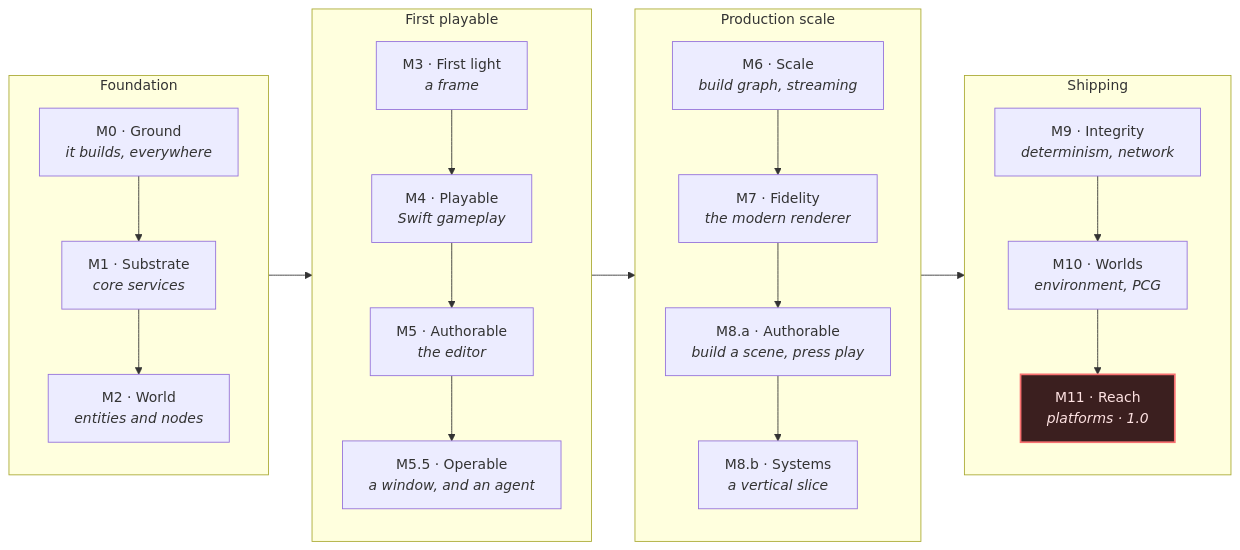
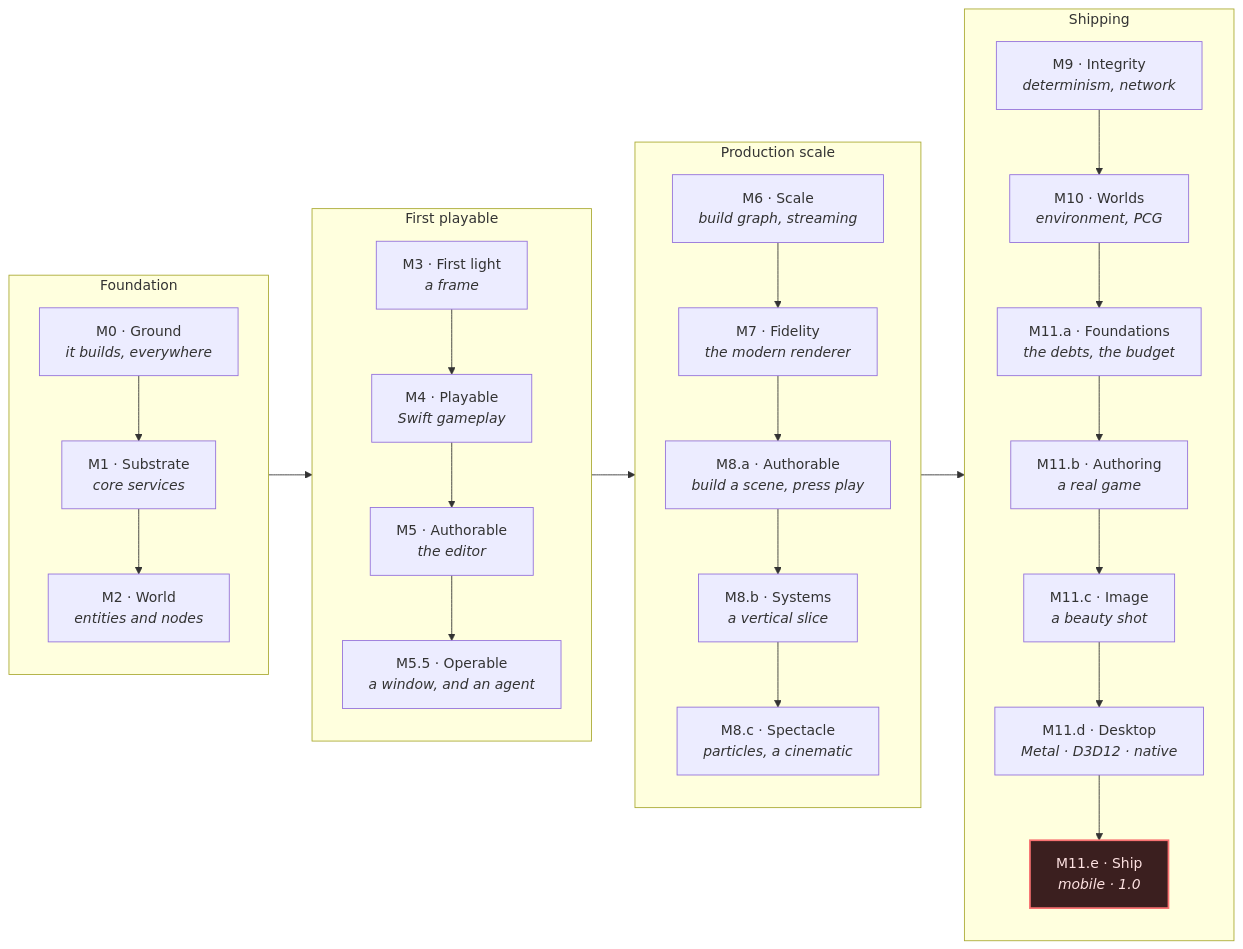
The diagram in docs/ROADMAP.md (CyberdyneCorp/CyberdyneEngine), drawn with Mermaid before and after one commit. The commit also changed other lines of this file and 109 other files, not shown here.

````diff
--- a/docs/ROADMAP.md
+++ b/docs/ROADMAP.md
@@ -29,39 +39,44 @@
 ```mermaid
 flowchart LR
     subgraph F["Foundation"]
         direction TB
         M0["M0 · Ground<br/><i>it builds, everywhere</i>"]
         M1["M1 · Substrate<br/><i>core services</i>"]
         M2["M2 · World<br/><i>entities and nodes</i>"]
         M0 --> M1 --> M2
     end
     subgraph P["First playable"]
         direction TB
         M3["M3 · First light<br/><i>a frame</i>"]
         M4["M4 · Playable<br/><i>Swift gameplay</i>"]
         M5["M5 · Authorable<br/><i>the editor</i>"]
         M5B["M5.5 · Operable<br/><i>a window, and an agent</i>"]
         M3 --> M4 --> M5 --> M5B
     end
     subgraph S["Production scale"]
         direction TB
         M6["M6 · Scale<br/><i>build graph, streaming</i>"]
         M7["M7 · Fidelity<br/><i>the modern renderer</i>"]
         M8A["M8.a · Authorable<br/><i>build a scene, press play</i>"]
         M8B["M8.b · Systems<br/><i>a vertical slice</i>"]
-        M6 --> M7 --> M8A --> M8B
+        M8C["M8.c · Spectacle<br/><i>particles, a cinematic</i>"]
+        M6 --> M7 --> M8A --> M8B --> M8C
     end
     subgraph SH["Shipping"]
         direction TB
         M9["M9 · Integrity<br/><i>determinism, network</i>"]
         M10["M10 · Worlds<br/><i>environment, PCG</i>"]
-        M11["M11 · Reach<br/><i>platforms · 1.0</i>"]
-        M9 --> M10 --> M11
+        M11A["M11.a · Foundations<br/><i>the debts, the budget</i>"]
+        M11B["M11.b · Authoring<br/><i>a real game</i>"]
+        M11C["M11.c · Image<br/><i>a beauty shot</i>"]
+        M11D["M11.d · Desktop<br/><i>Metal · D3D12 · native</i>"]
+        M11E["M11.e · Ship<br/><i>mobile · 1.0</i>"]
+        M9 --> M10 --> M11A --> M11B --> M11C --> M11D --> M11E
     end
     M2 --> M3
     M5B --> M6
-    M8B --> M9
+    M8C --> M9
 
     classDef gate fill:#3b1f1f,stroke:#f87171,stroke-width:2px,color:#fee2e2
-    class M11 gate
+    class M11E gate
 ```
````
